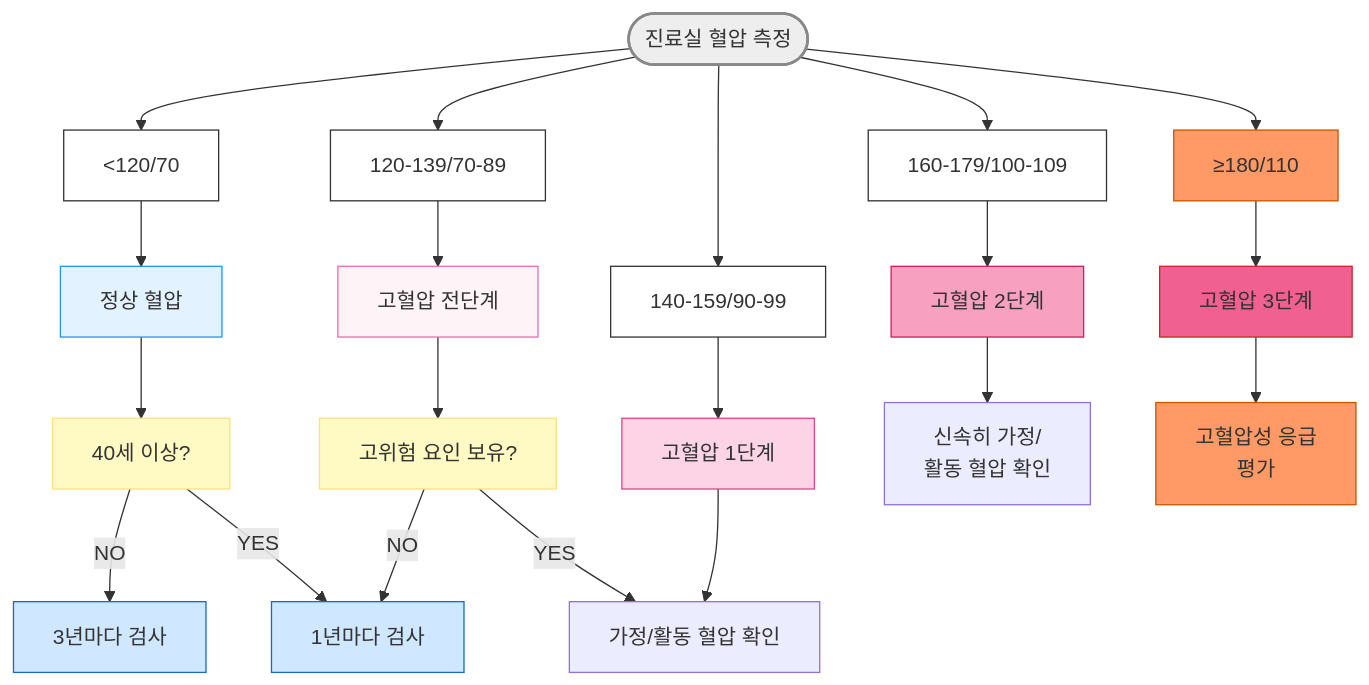
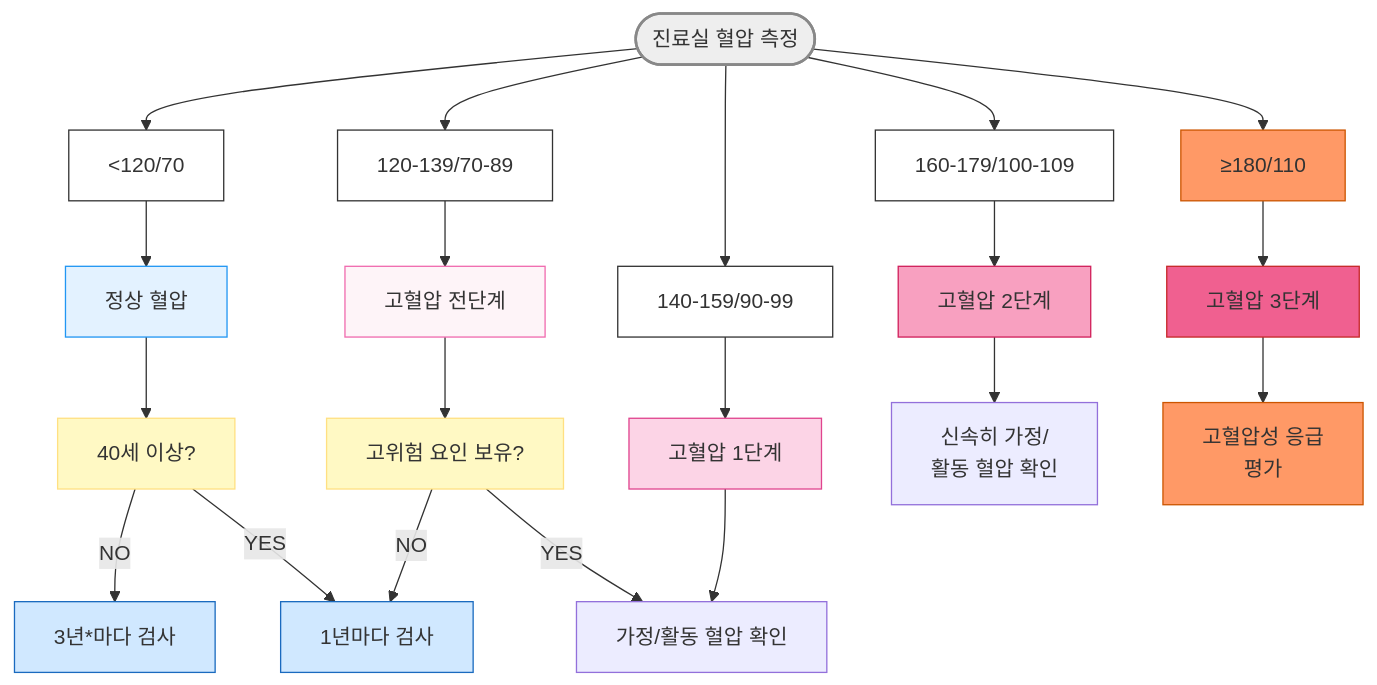
Before and after one commit to familyoh77/familyoh77: the first of 6 diagrams in 225_/095_-hypertension.md, drawn with Mermaid. The commit also changed other lines of this file, not shown here.

````diff
--- a/225_/095_-hypertension.md
+++ b/225_/095_-hypertension.md
@@ -233,33 +233,33 @@
 ```mermaid
 graph TD
     A([진료실 혈압 측정])
     A -->B1["<120/70"]--> C[정상 혈압]
     A -->B2[120-139/70-89]--> D[고혈압 전단계]
     A -->B3[140-159/90-99]--> E[고혈압 1단계]
     A -->B4[160-179/100-109]--> F[고혈압 2단계]
     A -->B5["≥180/110"]--> G[고혈압 3단계]
 style A fill:#eeeeee,stroke:#888888,stroke-width:2px
 classDef white fill:#fff,stroke:#333
 class B1,B2,B3,B4 white
 style C fill:#e3f2ff,stroke:#2196f3
 style D fill:#fef4f8,stroke:#f06baf
 style E fill:#fcd4e6,stroke:#e0448e
 style F fill:#f8a0c0,stroke:#d01f5a
 style G fill:#f06090,stroke:#c62828
     
     C --> H[40세 이상?]
-    H -->|NO| I[3년마다 검사]
+    H -->|NO| I[3년*마다 검사]
     H -->|YES| J[1년마다 검사]
     D --> K[고위험 요인 보유?]
     K -->|NO| J
     K -->|YES| L[가정/활동 혈압 확인]
     E --> L
     F --> M[신속히 가정/<br/>활동 혈압 확인]
     G --> N[고혈압성 응급<br/> 평가]
 classDef yellow fill:#fff9c4,stroke:#ffe082
 class H,K yellow
 classDef blue fill:#d0e8ff,stroke:#1a6abf
 class I,J blue
 classDef peach fill:#ff9966,stroke:#cc5500
 class N,B5 peach
 ```
````
